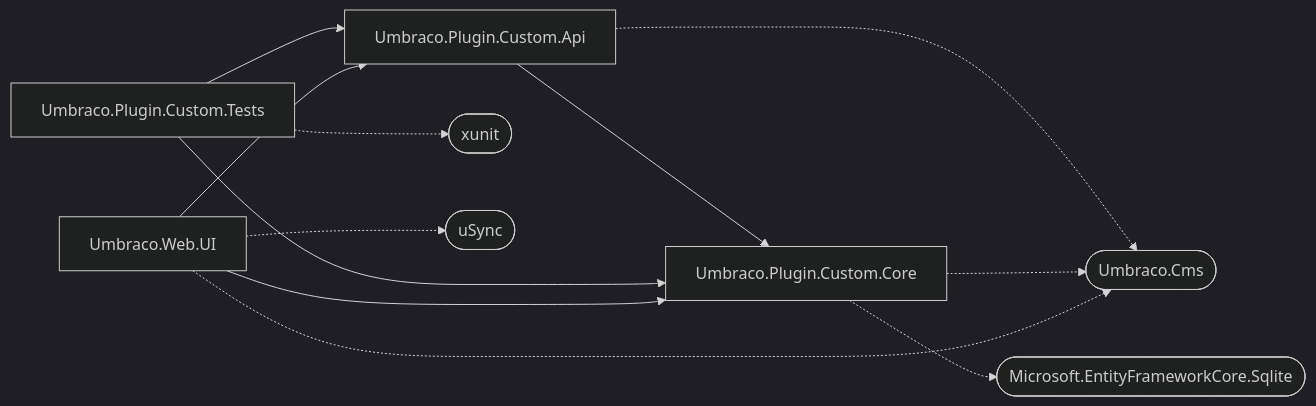
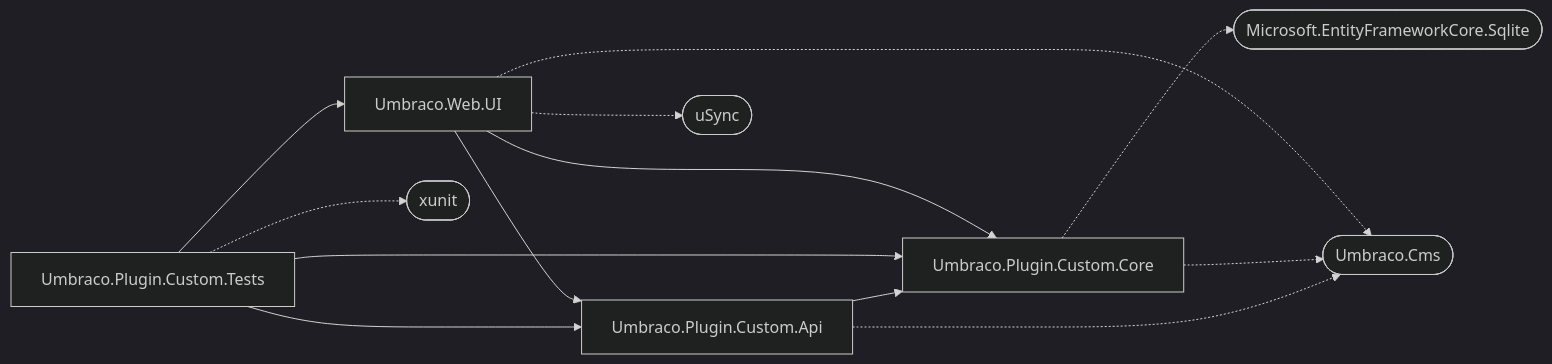
Before and after one commit to anhnoname97/antc: the first of 3 diagrams in docs/so-do/SO-DO.md, drawn with Mermaid (dark theme). The commit also changed other lines of this file and 68 other files, not shown here.

````diff
--- a/docs/so-do/SO-DO.md
+++ b/docs/so-do/SO-DO.md
@@ -8,18 +8,19 @@
 ```mermaid
 graph LR
   Umbraco_Plugin_Custom_Api["Umbraco.Plugin.Custom.Api"]
   Umbraco_Plugin_Custom_Api --> Umbraco_Plugin_Custom_Core
   Umbraco_Plugin_Custom_Api -.-> pkg_Umbraco_Cms(["Umbraco.Cms"])
   Umbraco_Plugin_Custom_Core["Umbraco.Plugin.Custom.Core"]
   Umbraco_Plugin_Custom_Core -.-> pkg_Umbraco_Cms(["Umbraco.Cms"])
   Umbraco_Plugin_Custom_Core -.-> pkg_Microsoft_EntityFrameworkCore_Sqlite(["Microsoft.EntityFrameworkCore.Sqlite"])
   Umbraco_Plugin_Custom_Tests["Umbraco.Plugin.Custom.Tests"]
   Umbraco_Plugin_Custom_Tests --> Umbraco_Plugin_Custom_Api
   Umbraco_Plugin_Custom_Tests --> Umbraco_Plugin_Custom_Core
+  Umbraco_Plugin_Custom_Tests --> Umbraco_Web_UI
   Umbraco_Plugin_Custom_Tests -.-> pkg_xunit(["xunit"])
   Umbraco_Web_UI["Umbraco.Web.UI"]
   Umbraco_Web_UI --> Umbraco_Plugin_Custom_Core
   Umbraco_Web_UI --> Umbraco_Plugin_Custom_Api
   Umbraco_Web_UI -.-> pkg_Umbraco_Cms(["Umbraco.Cms"])
   Umbraco_Web_UI -.-> pkg_uSync(["uSync"])
 ```
````
